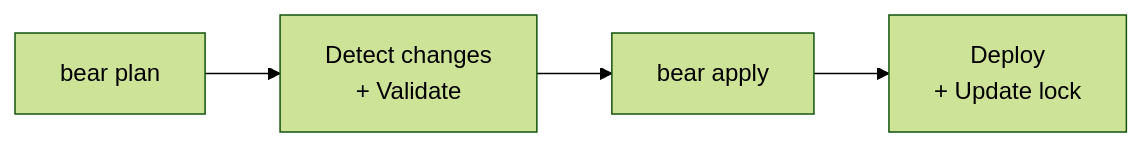
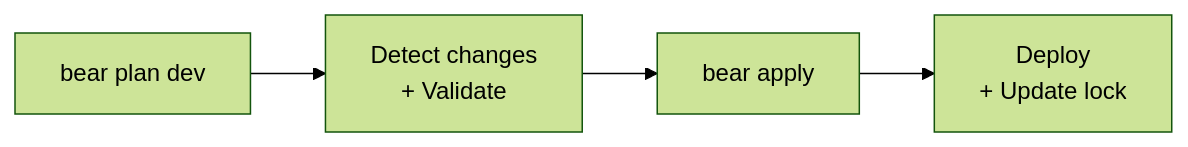
One commit to IRevolve/bear changed the diagram in docs/index.md. Above: the diagram before and after it, drawn with Mermaid (forest theme). The commit also changed other lines of this file and 108 other files, not shown here.

````diff
--- a/docs/index.md
+++ b/docs/index.md
@@ -7,6 +13,6 @@
 ```mermaid
 flowchart LR
-    A["bear plan"] --> B["Detect changes\n+ Validate"]
+    A["bear plan dev"] --> B["Detect changes\n+ Validate"]
     B --> C["bear apply"]
     C --> D["Deploy\n+ Update lock"]
 ```
````
